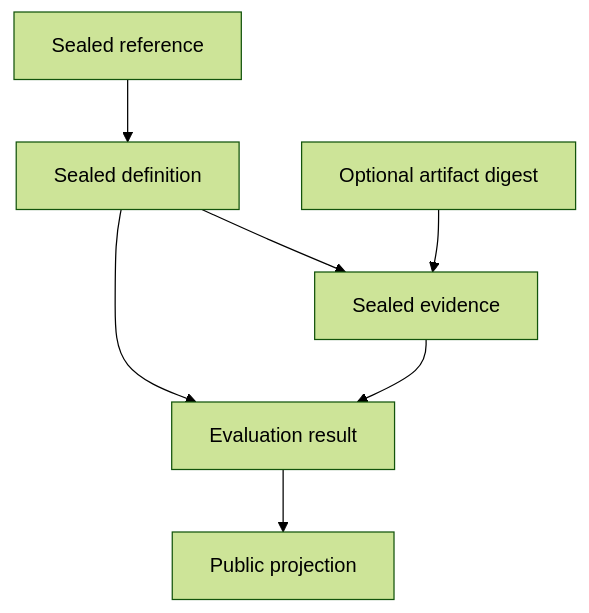
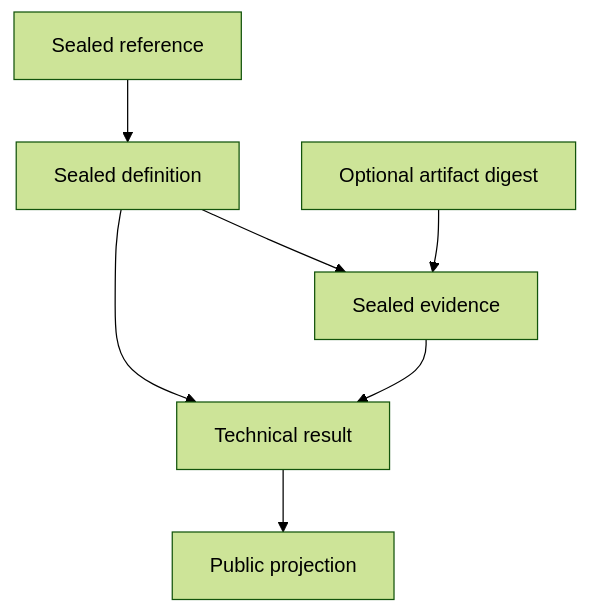
One commit to 0xbuffdev/documentation changed the first of 2 diagrams in content/docs/assay/integrity.mdx. Above: the diagram before and after it, drawn with Mermaid (forest theme). The commit also changed other lines of this file and 26 other files, not shown here.

````diff
--- a/content/docs/assay/integrity.mdx
+++ b/content/docs/assay/integrity.mdx
@@ -35,9 +20,9 @@
 ```mermaid
 flowchart TD
   R[Sealed reference] --> D[Sealed definition]
-  D --> B[Sealed evidence]
-  A[Optional artifact digest] --> B
-  B --> F[Evaluation result]
+  D --> E[Sealed evidence]
+  A[Optional artifact digest] --> E
+  E --> F[Technical result]
   D --> F
   F --> P[Public projection]
 ```
````
